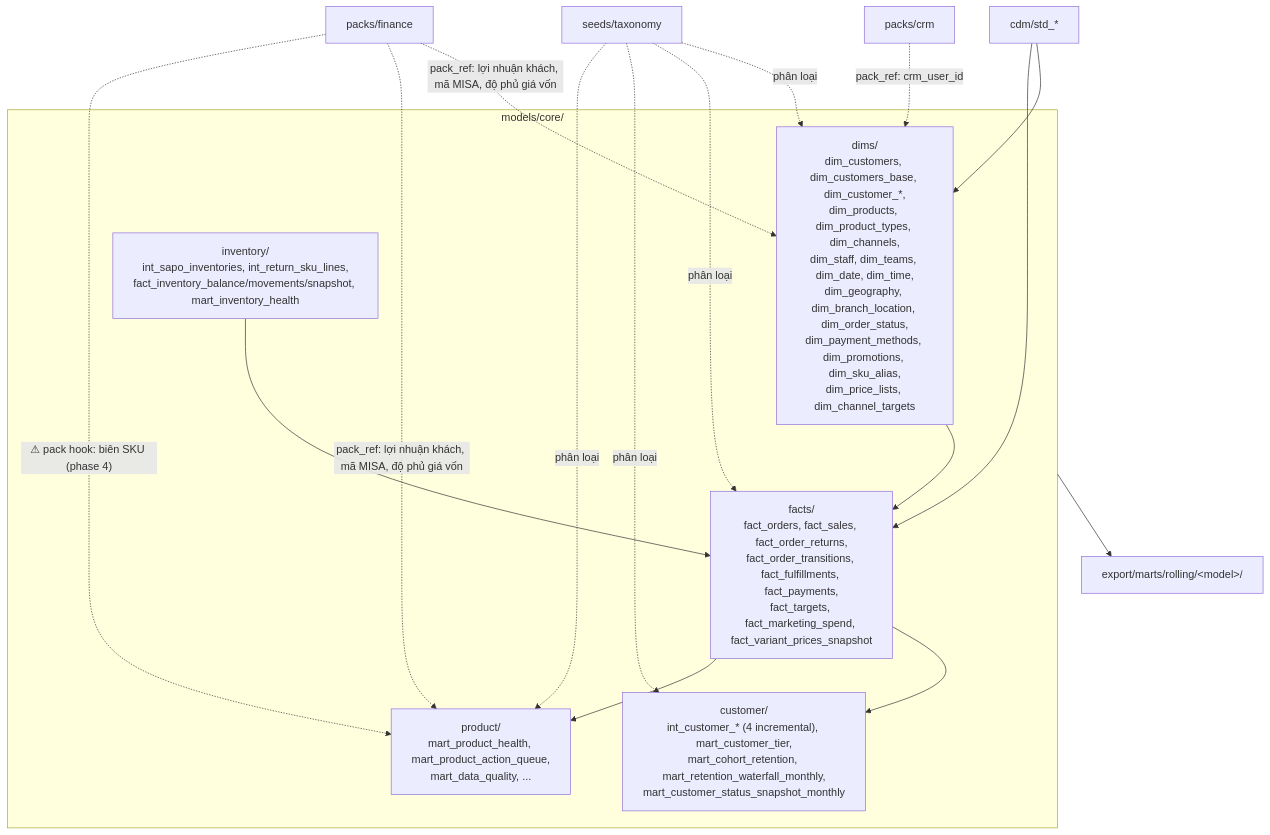
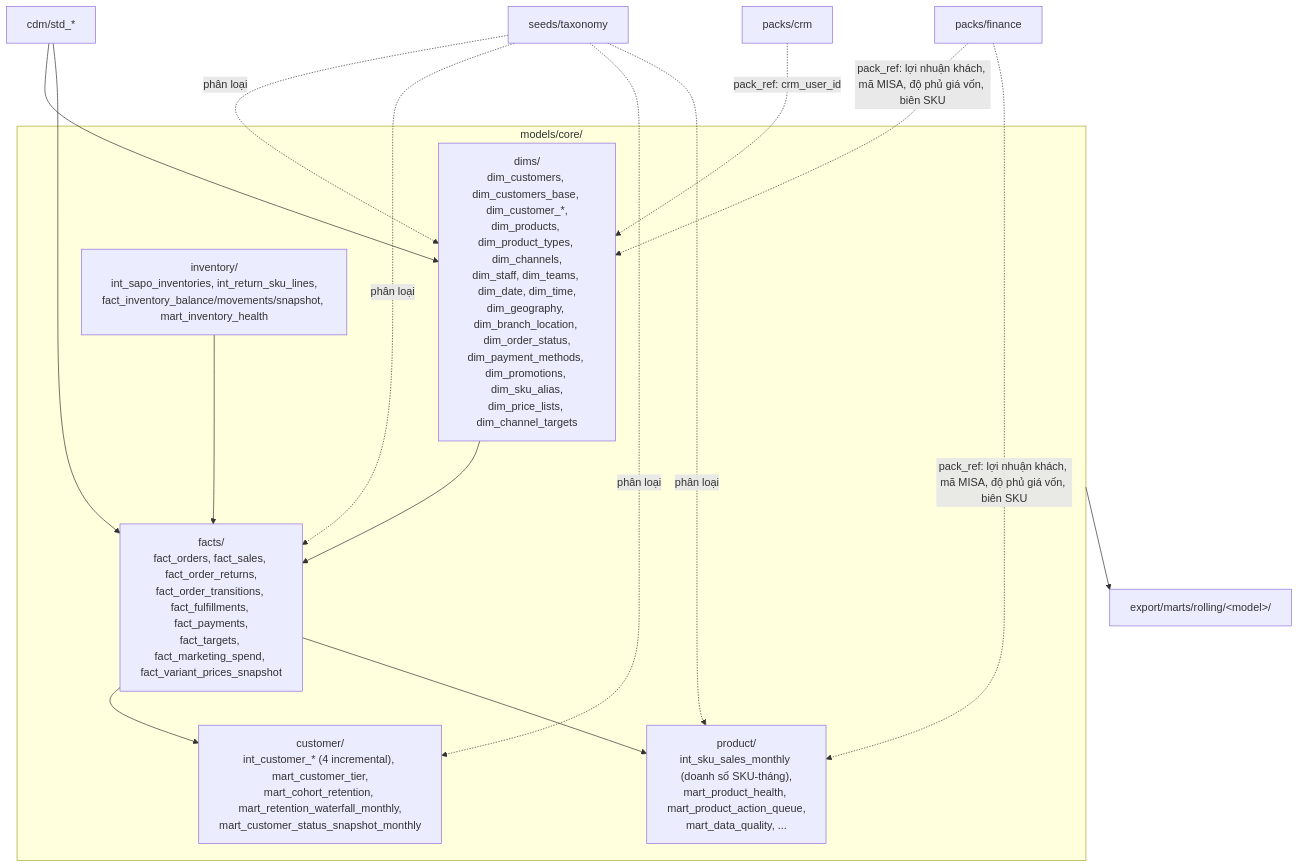
One commit to vantt/data-integration changed the eighth of 14 diagrams in docs/architecture/modules.md. Above: the diagram before and after it, drawn with Mermaid. The commit also changed other lines of this file and 23 other files, not shown here.

First line of the commit message:
refactor(core): split SKU revenue out of mart_sku_economics_monthly

````diff
--- a/docs/architecture/modules.md
+++ b/docs/architecture/modules.md
@@ -447,19 +447,18 @@
 ```mermaid
 flowchart TB
     CDM["cdm/std_*"] --> DIMS
     CDM --> FACTS
     subgraph CORE["models/core/"]
         DIMS["dims/<br/>dim_customers, dim_customers_base, dim_customer_*,<br/>dim_products, dim_product_types, dim_channels,<br/>dim_staff, dim_teams, dim_date, dim_time,<br/>dim_geography, dim_branch_location, dim_order_status,<br/>dim_payment_methods, dim_promotions, dim_sku_alias,<br/>dim_price_lists, dim_channel_targets"]
         FACTS["facts/<br/>fact_orders, fact_sales, fact_order_returns,<br/>fact_order_transitions, fact_fulfillments, fact_payments,<br/>fact_targets, fact_marketing_spend, fact_variant_prices_snapshot"]
         CUST["customer/<br/>int_customer_* (4 incremental), mart_customer_tier,<br/>mart_cohort_retention, mart_retention_waterfall_monthly,<br/>mart_customer_status_snapshot_monthly"]
-        PROD["product/<br/>mart_product_health, mart_product_action_queue,<br/>mart_data_quality, ..."]
+        PROD["product/<br/>int_sku_sales_monthly (doanh số SKU-tháng),<br/>mart_product_health, mart_product_action_queue,<br/>mart_data_quality, ..."]
         INV["inventory/<br/>int_sapo_inventories, int_return_sku_lines,<br/>fact_inventory_balance/movements/snapshot, mart_inventory_health"]
     end
     DIMS --> FACTS --> CUST & PROD
     INV --> FACTS
     TAX["seeds/taxonomy"] -. "phân loại" .-> DIMS & FACTS & CUST & PROD
     CORE --> ROLL["export/marts/rolling/&lt;model&gt;/"]
-    FIN["packs/finance"] -. "pack_ref: lợi nhuận khách, mã MISA, độ phủ giá vốn" .-> DIMS & PROD
-    FIN -. "⚠ pack hook: biên SKU (phase 4)" .-> PROD
+    FIN["packs/finance"] -. "pack_ref: lợi nhuận khách, mã MISA, độ phủ giá vốn, biên SKU" .-> DIMS & PROD
     CRMP["packs/crm"] -. "pack_ref: crm_user_id" .-> DIMS
 ```
````
